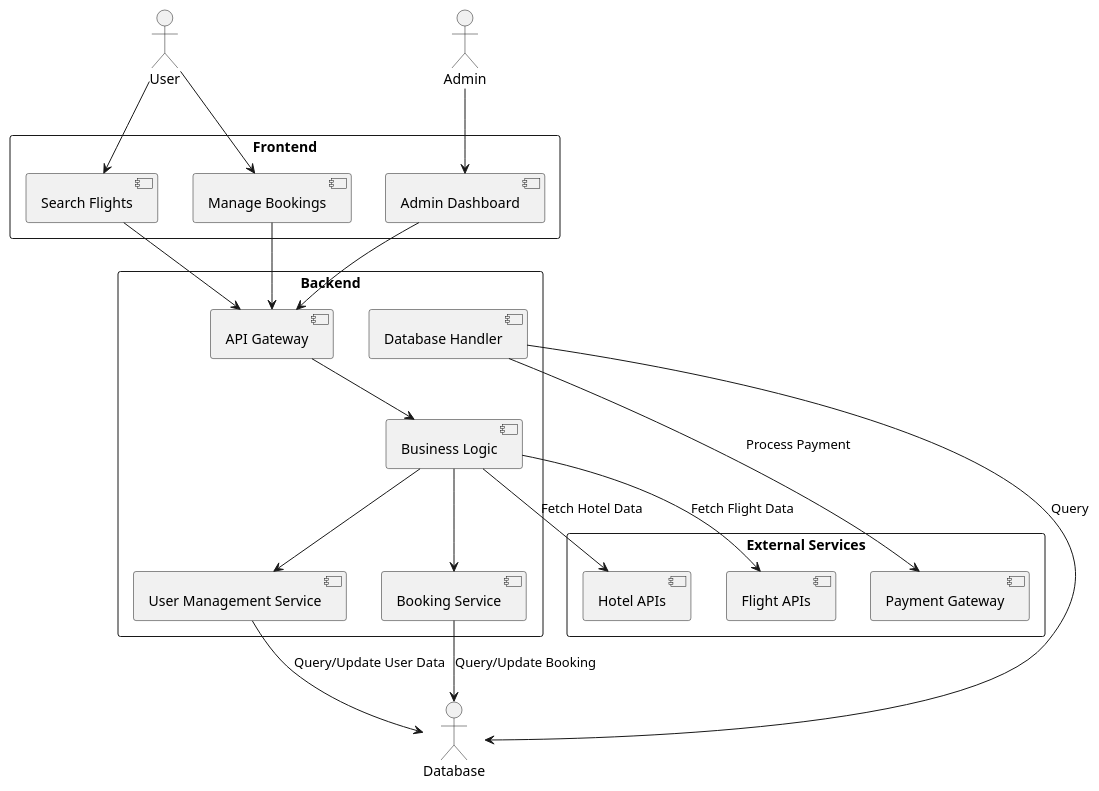
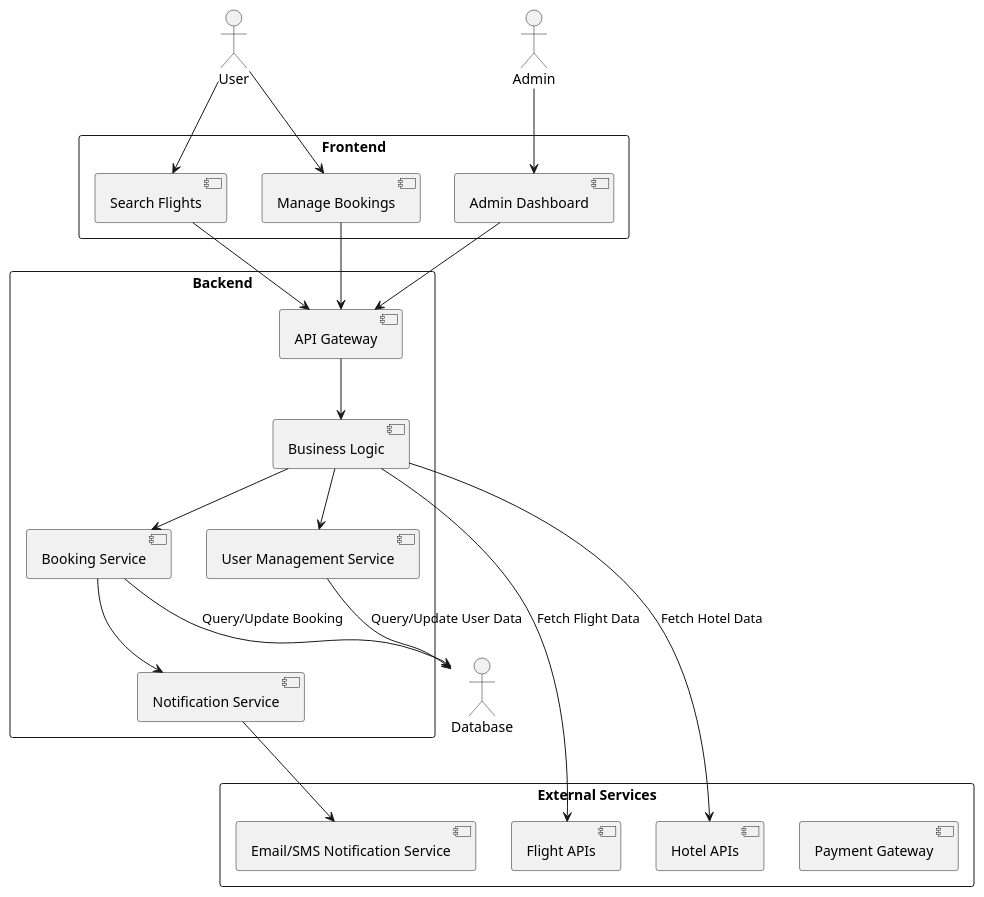
One commit to IIITLucknowSWEngg/CSAICSBTeam014 changed the first of 5 diagrams in Assignment 2/Design.md. Above: the diagram before and after it, drawn with PlantUML. The commit also changed other lines of this file, not shown here.

````diff
--- a/Assignment 2/Design.md
+++ b/Assignment 2/Design.md
@@ -51,45 +51,48 @@
 ```plantuml
 @startuml
 actor User
 actor Admin
 
 rectangle "Frontend" {
     [Search Flights]
     [Manage Bookings]
     [Admin Dashboard]
 }
 
 rectangle "Backend" {
     [API Gateway]
     [Business Logic]
     [Booking Service]
     [User Management Service]
-    [Database Handler]
+    [Notification Service]
 }
 
 rectangle "External Services" {
     [Payment Gateway]
     [Flight APIs]
     [Hotel APIs]
+    [Email/SMS Notification Service]
 }
 
 User --> [Search Flights]
 User --> [Manage Bookings]
 Admin --> [Admin Dashboard]
 
 [Search Flights] --> [API Gateway]
 [Manage Bookings] --> [API Gateway]
 [Admin Dashboard] --> [API Gateway]
 
 [API Gateway] --> [Business Logic]
 [Business Logic] --> [Booking Service]
 [Business Logic] --> [User Management Service]
+[Booking Service] --> [Notification Service]
+[Notification Service] --> [Email/SMS Notification Service]
+
 [Booking Service] --> Database: Query/Update Booking
 [User Management Service] --> Database: Query/Update User Data
-[Database Handler] --> Database: Query
-[Database Handler] --> [Payment Gateway]: Process Payment
+
 [Business Logic] --> [Flight APIs]: Fetch Flight Data
 [Business Logic] --> [Hotel APIs]: Fetch Hotel Data
 
 @enduml
 ```
````
